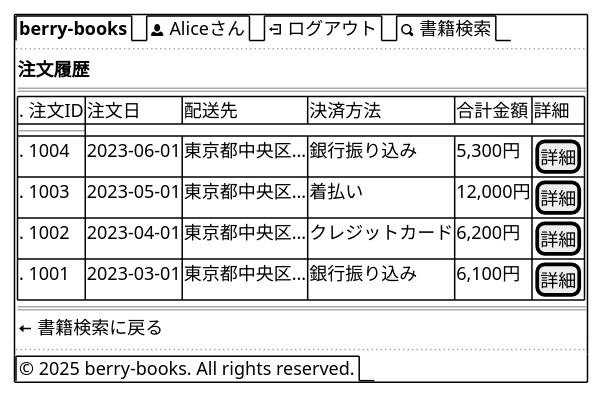
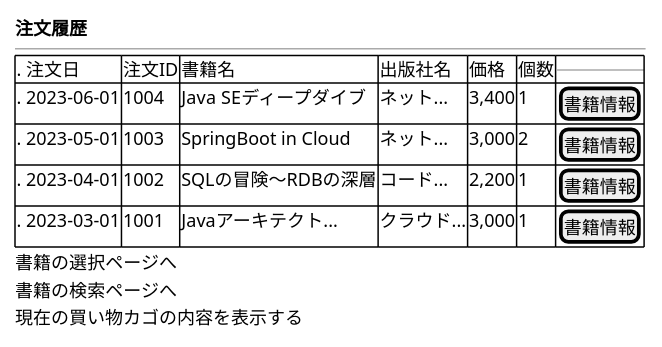
Before and after one commit to KenyaSaitoh/ai_dev_training_202512: the first of 2 diagrams in projects/java/berry-books-mvc-sdd/specs/baseline/features/F_005_order_history/screen_design.md, drawn with PlantUML. The commit also changed other lines of this file and 99 other files, not shown here.

````diff
--- a/projects/java/berry-books-mvc-sdd/specs/baseline/features/F_005_order_history/screen_design.md
+++ b/projects/java/berry-books-mvc-sdd/specs/baseline/features/F_005_order_history/screen_design.md
@@ -25,24 +25,19 @@
 ```plantuml
 @startsalt
-{+
-  {/ <b>berry-books</b> | <&person> Aliceさん | <&account-logout> ログアウト | <&magnifying-glass> 書籍検索 }
-  ..
-  {
-    <b>注文履歴</b>
-    ==
-    {#
-      . 注文ID | 注文日      | 配送先           | 決済方法         | 合計金額   | 詳細
-      --
-      . 1004  | 2023-06-01 | 東京都中央区...   | 銀行振り込み     | 5,300円   | [詳細]
-      . 1003  | 2023-05-01 | 東京都中央区...   | 着払い          | 12,000円  | [詳細]
-      . 1002  | 2023-04-01 | 東京都中央区...   | クレジットカード  | 6,200円   | [詳細]
-      . 1001  | 2023-03-01 | 東京都中央区...   | 銀行振り込み     | 6,100円   | [詳細]
-    }
-    ==
-    <&arrow-left> 書籍検索に戻る
+{
+  <b>注文履歴</b>
+  --
+  {#
+    . 注文日        | 注文ID | 書籍名                    | 出版社名      | 価格   | 個数 | 
+    --
+    . 2023-06-01  | 1004  | Java SEディープダイブ      | ネット...     | 3,400 | 1   | [書籍情報]
+    . 2023-05-01  | 1003  | SpringBoot in Cloud      | ネット...     | 3,000 | 2   | [書籍情報]
+    . 2023-04-01  | 1002  | SQLの冒険～RDBの深層       | コード...     | 2,200 | 1   | [書籍情報]
+    . 2023-03-01  | 1001  | Javaアーキテクト...       | クラウド...    | 3,000 | 1   | [書籍情報]
   }
-  ..
-  {/ © 2025 berry-books. All rights reserved. }
+  書籍の選択ページへ
+  書籍の検索ページへ
+  現在の買い物カゴの内容を表示する
 }
 @endsalt
 ```
````
